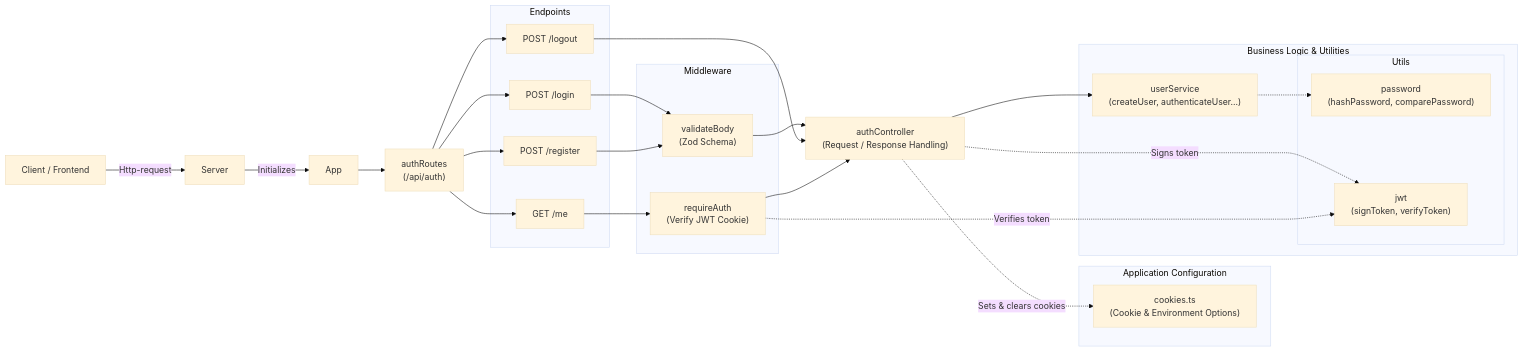
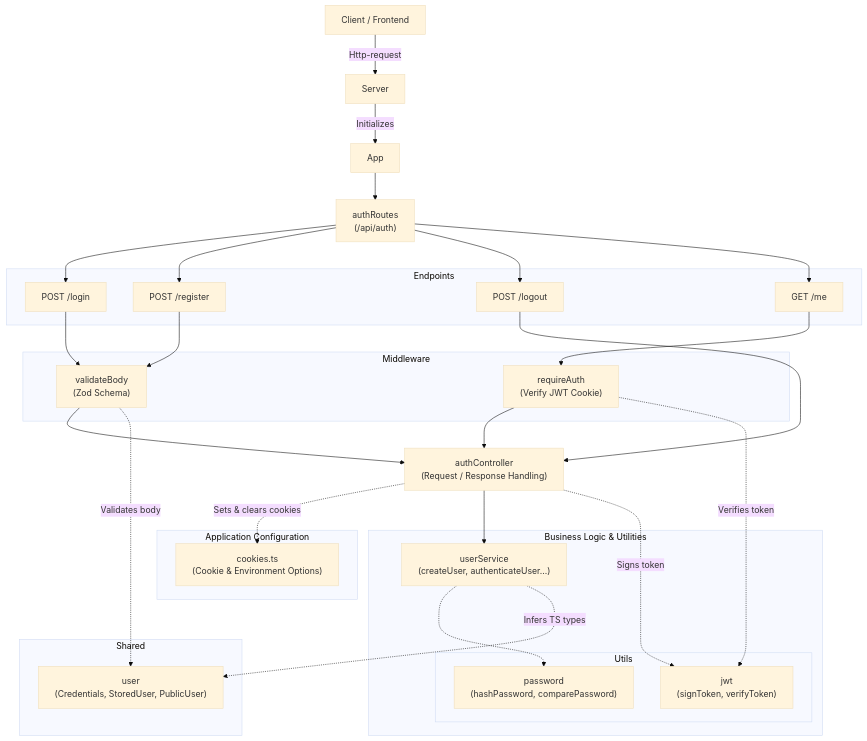
Before and after one commit to jannikwk/login-token-authentication: the diagram in README.md, drawn with Mermaid (base theme).

Commit message:
docs: updatecomponent architecture diagram flow direction

````diff
--- a/README.md
+++ b/README.md
@@ -15,61 +15,68 @@
 ```mermaid
 %%{init: {'flowchart': {'wrappingWidth': 600}}}%%
-graph LR
+graph TD
     Client["Client / Frontend"]
     Server
     App
 
     Client -->|Http-request| Server
     Server -->|Initializes| App
 
     Routes["authRoutes <br> (/api/auth)"]
 
     App --> Routes
 
     subgraph Endpoints
         Login["POST /login"]
         Register["POST /register"]
         Logout["POST /logout"]
         Me["GET /me"]
     end
 
     Routes --> Login
     Routes --> Register
     Routes --> Logout
     Routes --> Me
 
     subgraph Middleware
         ValidateBody["validateBody <br> (Zod Schema)"]
         RequireAuth["requireAuth <br> (Verify JWT Cookie)"]
     end
 
     Login --> ValidateBody
     Register --> ValidateBody
     Me --> RequireAuth
 
     AuthController["authController <br> (Request / Response Handling)"]
 
     ValidateBody --> AuthController
     Logout --> AuthController
     RequireAuth --> AuthController
 
     subgraph Configurations ["Application Configuration"]
         Cookies["cookies.ts <br> (Cookie & Environment Options)"]
     end
 
     AuthController -.->|Sets & clears cookies| Cookies
 
     subgraph Business_Logic["Business Logic & Utilities"]
         UserService["userService <br> (createUser, authenticateUser...)"]
 
         subgraph Utils
             Password["password <br> (hashPassword, comparePassword)"]
             JWT["jwt <br> (signToken, verifyToken)"]
         end
     end
 
     AuthController --> UserService
     UserService -.-> Password
     AuthController -.->|Signs token| JWT
     RequireAuth -.->|Verifies token| JWT
+
+    subgraph Shared
+        User["user <br> (Credentials, StoredUser, PublicUser)"]
+    end
+
+    ValidateBody -.->|Validates body| User
+    UserService -.->|Infers TS types| User
 ```
````
